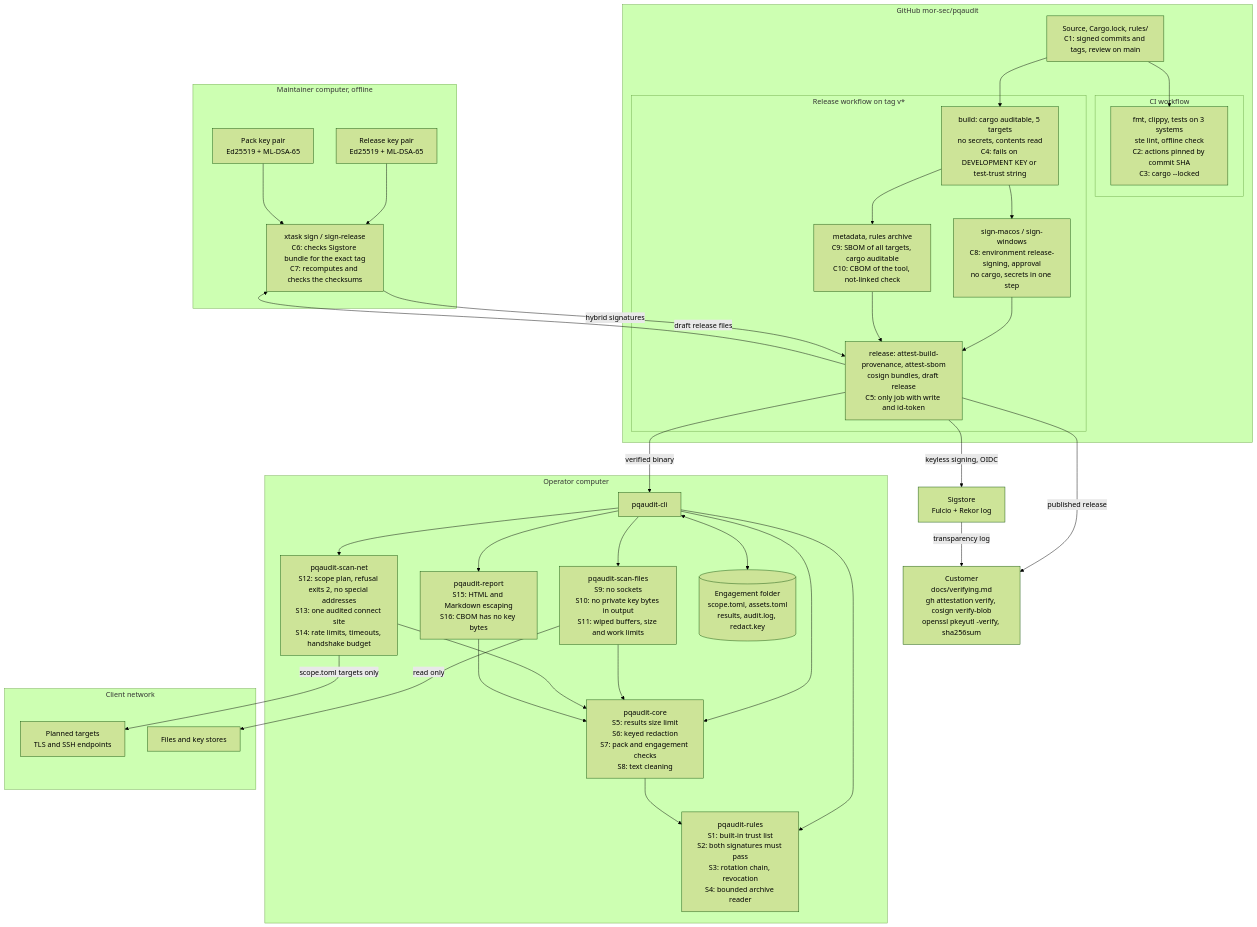
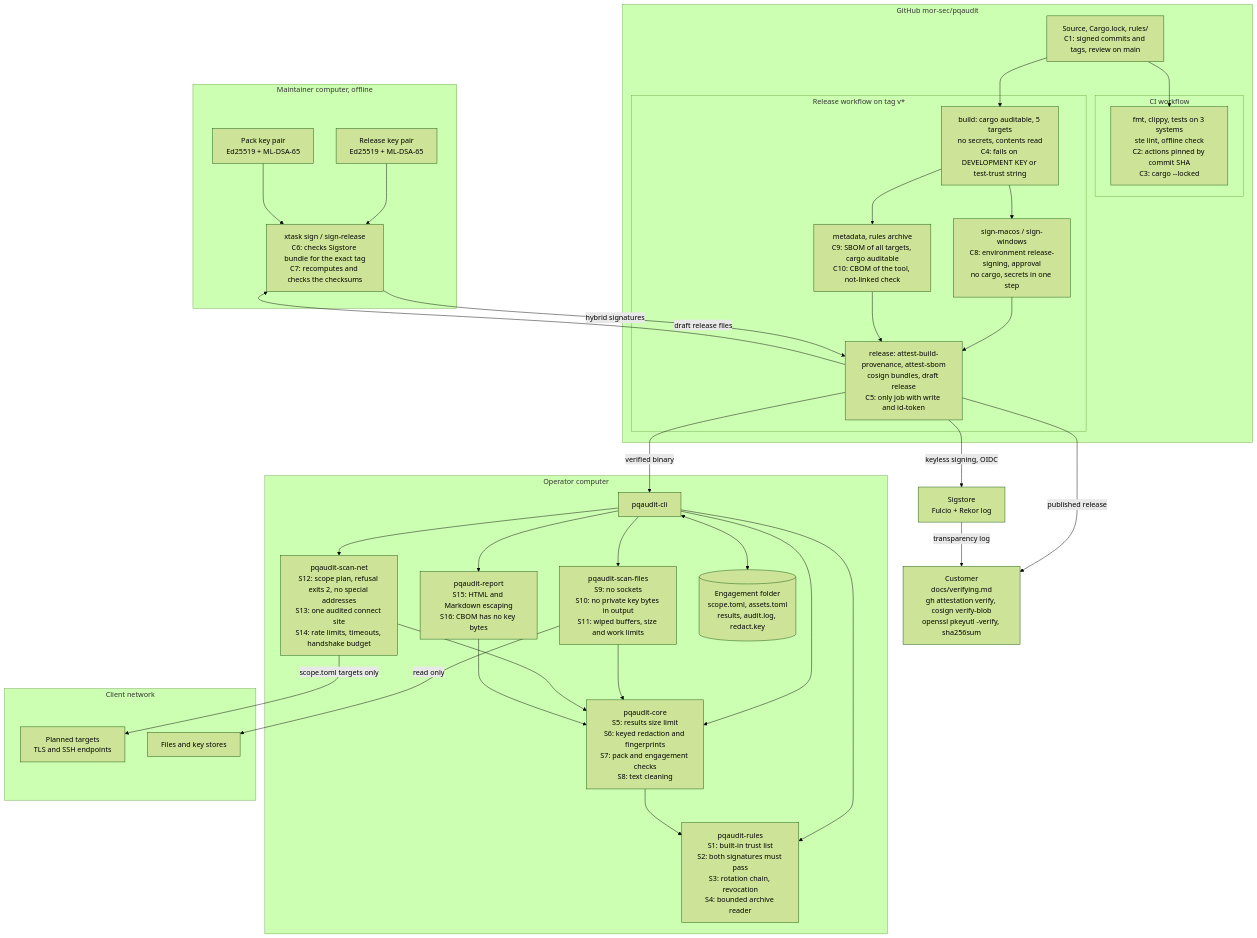
One commit to mor-sec/pqaudit changed the diagram in docs/architecture.md. Above: the diagram before and after it, drawn with Mermaid (forest theme). The commit also changed other lines of this file and 15 other files, not shown here.

First line of the commit message:
Use keyed fingerprints in redacted results

````diff
--- a/docs/architecture.md
+++ b/docs/architecture.md
@@ -43,67 +44,67 @@
 ```mermaid
 flowchart TB
     subgraph MAINT["Maintainer computer, offline"]
         PK["Pack key pair<br/>Ed25519 + ML-DSA-65"]
         RK["Release key pair<br/>Ed25519 + ML-DSA-65"]
         SIGN["xtask sign / sign-release<br/>C6: checks Sigstore bundle for the exact tag<br/>C7: recomputes and checks the checksums"]
     end
 
     subgraph GH["GitHub mor-sec/pqaudit"]
         SRC["Source, Cargo.lock, rules/<br/>C1: signed commits and tags, review on main"]
         subgraph CI["CI workflow"]
             CHK["fmt, clippy, tests on 3 systems<br/>ste lint, offline check<br/>C2: actions pinned by commit SHA<br/>C3: cargo --locked"]
         end
         subgraph REL["Release workflow on tag v*"]
             BUILD["build: cargo auditable, 5 targets<br/>no secrets, contents read<br/>C4: fails on DEVELOPMENT KEY or test-trust string"]
             SGN["sign-macos / sign-windows<br/>C8: environment release-signing, approval<br/>no cargo, secrets in one step"]
             META["metadata, rules archive<br/>C9: SBOM of all targets, cargo auditable<br/>C10: CBOM of the tool, not-linked check"]
             PUB["release: attest-build-provenance, attest-sbom<br/>cosign bundles, draft release<br/>C5: only job with write and id-token"]
         end
     end
 
     SIG["Sigstore<br/>Fulcio + Rekor log"]
     USER["Customer<br/>docs/verifying.md<br/>gh attestation verify, cosign verify-blob<br/>openssl pkeyutl -verify, sha256sum"]
 
     subgraph OP["Operator computer"]
         CLI["pqaudit-cli"]
         RULES["pqaudit-rules<br/>S1: built-in trust list<br/>S2: both signatures must pass<br/>S3: rotation chain, revocation<br/>S4: bounded archive reader"]
-        CORE["pqaudit-core<br/>S5: results size limit<br/>S6: keyed redaction<br/>S7: pack and engagement checks<br/>S8: text cleaning"]
+        CORE["pqaudit-core<br/>S5: results size limit<br/>S6: keyed redaction and fingerprints<br/>S7: pack and engagement checks<br/>S8: text cleaning"]
         FILES["pqaudit-scan-files<br/>S9: no sockets<br/>S10: no private key bytes in output<br/>S11: wiped buffers, size and work limits"]
         NET["pqaudit-scan-net<br/>S12: scope plan, refusal exits 2, no special addresses<br/>S13: one audited connect site<br/>S14: rate limits, timeouts, handshake budget"]
         REP["pqaudit-report<br/>S15: HTML and Markdown escaping<br/>S16: CBOM has no key bytes"]
         ENG[("Engagement folder<br/>scope.toml, assets.toml<br/>results, audit.log, redact.key")]
     end
 
     subgraph CLIENT["Client network"]
         TGT["Planned targets<br/>TLS and SSH endpoints"]
         DISK["Files and key stores"]
     end
 
     SRC --> CHK
     SRC --> BUILD
     BUILD --> SGN
     BUILD --> META
     SGN --> PUB
     META --> PUB
     PUB -- "keyless signing, OIDC" --> SIG
     PUB -- "draft release files" --> SIGN
     RK --> SIGN
     PK --> SIGN
     SIGN -- "hybrid signatures" --> PUB
     PUB -- "published release" --> USER
     SIG -- "transparency log" --> USER
     PUB -- "verified binary" --> CLI
 
     CLI --> RULES
     CLI --> FILES
     CLI --> NET
     CLI --> CORE
     CLI --> REP
     FILES --> CORE
     NET --> CORE
     REP --> CORE
     CORE --> RULES
     CLI <--> ENG
     FILES -- "read only" --> DISK
     NET -- "scope.toml targets only" --> TGT
 ```
````
